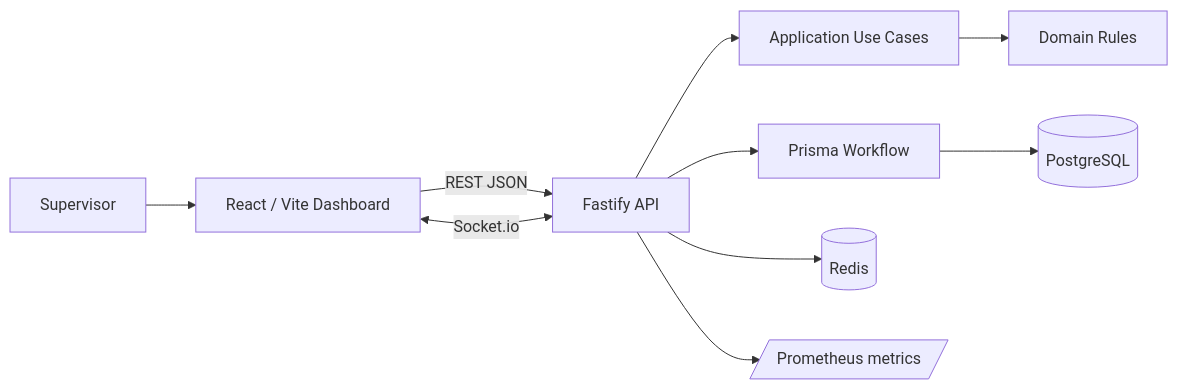
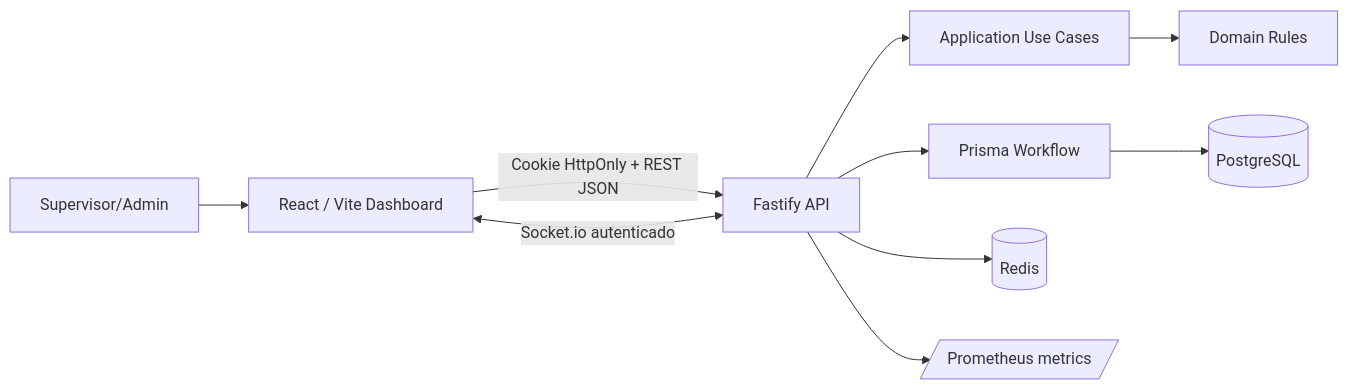
One commit to omatheusdutra/nexora-pusle changed the diagram in README.md. Above: the diagram before and after it, drawn with Mermaid. The commit also changed other lines of this file and 27 other files, not shown here.

````diff
--- a/README.md
+++ b/README.md
@@ -249,12 +350,12 @@
 ```mermaid
 flowchart LR
-  supervisor[Supervisor] --> web[React / Vite Dashboard]
-  web -->|REST JSON| api[Fastify API]
-  web <-->|Socket.io| api
+  supervisor[Supervisor/Admin] --> web[React / Vite Dashboard]
+  web -->|Cookie HttpOnly + REST JSON| api[Fastify API]
+  web <-->|Socket.io autenticado| api
   api --> app[Application Use Cases]
   app --> domain[Domain Rules]
   api --> prisma[Prisma Workflow]
   prisma --> postgres[(PostgreSQL)]
   api --> redis[(Redis)]
   api --> metrics[/Prometheus metrics/]
 ```
````
